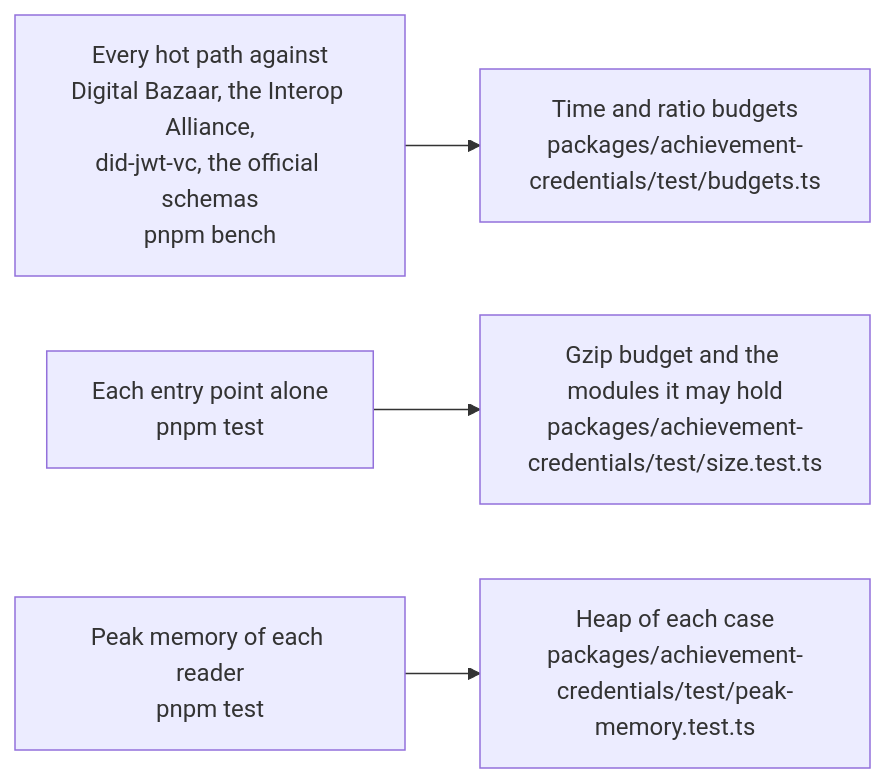
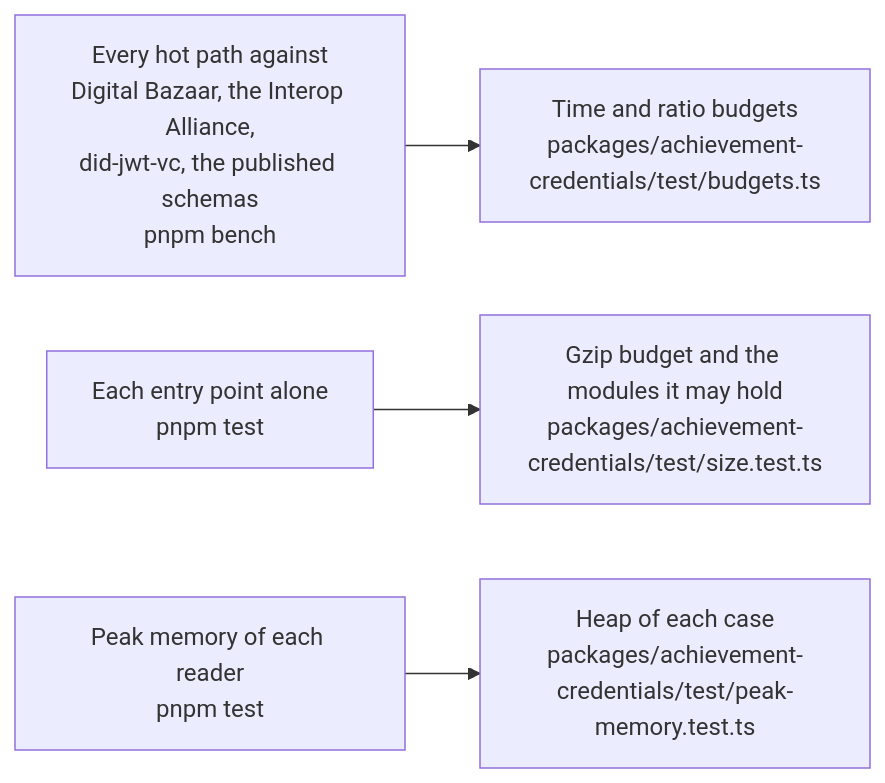
The diagram in docs/achievement-credentials/performance.md (interopkit/interopkit), drawn with Mermaid before and after one commit. The commit also changed other lines of this file and 81 other files, not shown here.

````diff
--- a/docs/achievement-credentials/performance.md
+++ b/docs/achievement-credentials/performance.md
@@ -5,6 +5,6 @@
 ```mermaid
 flowchart LR
-  speed["Every hot path against<br/>Digital Bazaar, the Interop Alliance,<br/>did-jwt-vc, the official schemas<br/>pnpm bench"] --> time["Time and ratio budgets<br/>packages/achievement-credentials/test/budgets.ts"]
+  speed["Every hot path against<br/>Digital Bazaar, the Interop Alliance,<br/>did-jwt-vc, the published schemas<br/>pnpm bench"] --> time["Time and ratio budgets<br/>packages/achievement-credentials/test/budgets.ts"]
   size["Each entry point alone<br/>pnpm test"] --> gzip["Gzip budget and the modules it may hold<br/>packages/achievement-credentials/test/size.test.ts"]
   memory["Peak memory of each reader<br/>pnpm test"] --> heap["Heap of each case<br/>packages/achievement-credentials/test/peak-memory.test.ts"]
 ```
````
